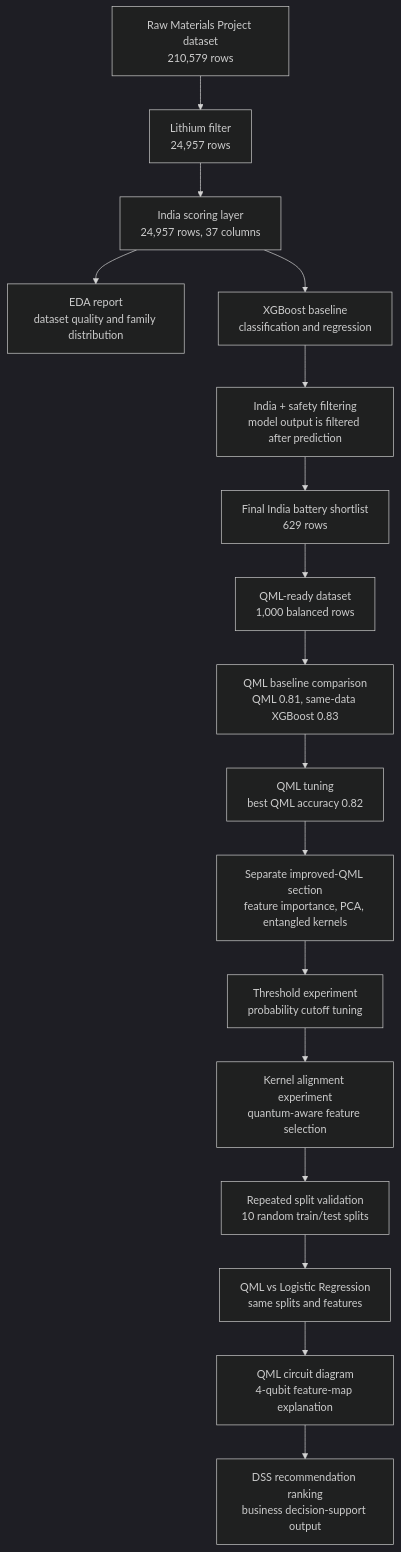
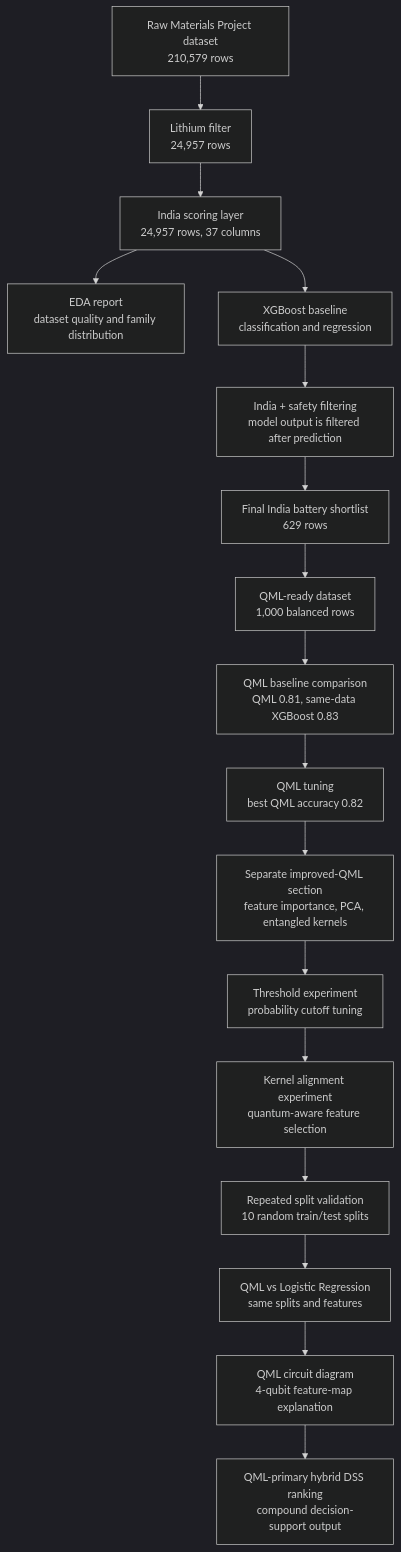
The diagram in Battery Materials DSS QML/data/metadata/project_pipeline_summary.md (lifeknife10A/hybrid-quantum-battery-stability-prediction), drawn with Mermaid (dark theme) before and after one commit. The commit also changed other lines of this file and 10 other files, not shown here.

Commit message:
Make DSS ranking QML-primary hybrid

````diff
--- a/Battery Materials DSS QML/data/metadata/project_pipeline_summary.md
+++ b/Battery Materials DSS QML/data/metadata/project_pipeline_summary.md
@@ -49,19 +47,19 @@
 ```mermaid
 flowchart TD
     A["Raw Materials Project dataset<br/>210,579 rows"] --> B["Lithium filter<br/>24,957 rows"]
     B --> C["India scoring layer<br/>24,957 rows, 37 columns"]
     C --> D["EDA report<br/>dataset quality and family distribution"]
     C --> E["XGBoost baseline<br/>classification and regression"]
     E --> F["India + safety filtering<br/>model output is filtered after prediction"]
     F --> G["Final India battery shortlist<br/>629 rows"]
     G --> H["QML-ready dataset<br/>1,000 balanced rows"]
     H --> I["QML baseline comparison<br/>QML 0.81, same-data XGBoost 0.83"]
     I --> J["QML tuning<br/>best QML accuracy 0.82"]
     J --> K["Separate improved-QML section<br/>feature importance, PCA, entangled kernels"]
     K --> L["Threshold experiment<br/>probability cutoff tuning"]
     L --> M["Kernel alignment experiment<br/>quantum-aware feature selection"]
     M --> N["Repeated split validation<br/>10 random train/test splits"]
     N --> O["QML vs Logistic Regression<br/>same splits and features"]
     O --> P["QML circuit diagram<br/>4-qubit feature-map explanation"]
-    P --> Q["DSS recommendation ranking<br/>business decision-support output"]
+    P --> Q["QML-primary hybrid DSS ranking<br/>compound decision-support output"]
 ```
````
